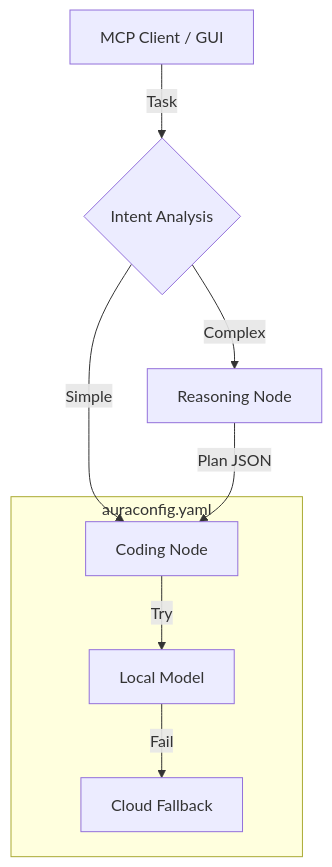
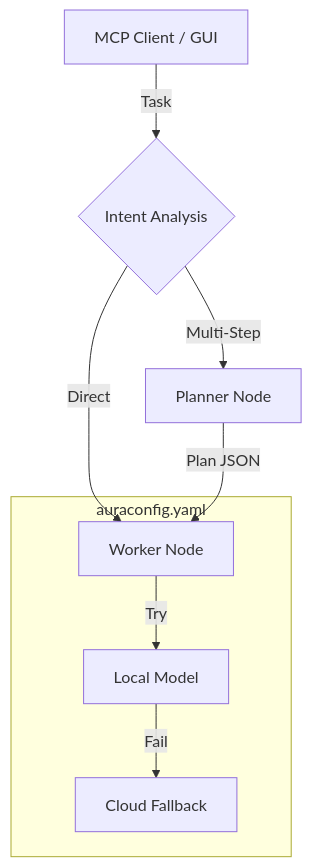
One commit to AuraCoreDynamics/aurarouter changed the diagram in README.md. Above: the diagram before and after it, drawn with Mermaid. The commit also changed other lines of this file and 22 other files, not shown here.

````diff
--- a/README.md
+++ b/README.md
@@ -17,12 +17,12 @@
 ```mermaid
 graph TD
-    User[MCP Client / GUI] -->|Task| Router{Intent Analysis}
-    Router -->|Simple| Worker[Coding Node]
-    Router -->|Complex| Architect[Reasoning Node]
-    Architect -->|Plan JSON| Worker
+    User[MCP Client / GUI] -->|Task| Classifier{Intent Analysis}
+    Classifier -->|Direct| Worker[Worker Node]
+    Classifier -->|Multi-Step| Planner[Planner Node]
+    Planner -->|Plan JSON| Worker
 
     subgraph Compute Fabric [auraconfig.yaml]
         Worker -->|Try| Node1[Local Model]
         Node1 -->|Fail| Node2[Cloud Fallback]
     end
 ```
````
